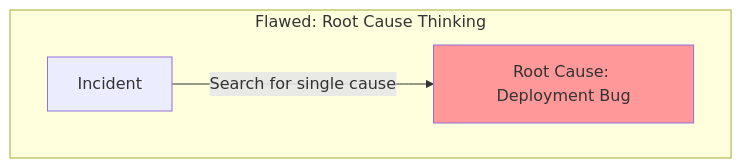
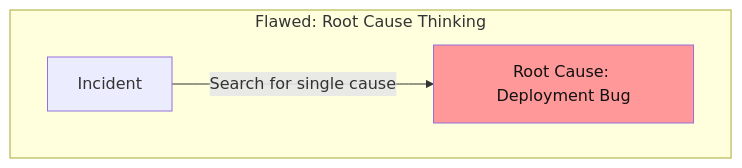
One commit to kube-dojo/kube-dojo.github.io changed the seventh of 9 diagrams in src/content/docs/platform/foundations/systems-thinking/module-1.4-complexity-and-emergent-behavior.md. Above: the diagram before and after it, drawn with Mermaid. The commit also changed other lines of this file and 16 other files, not shown here.

Commit message:
fix(content): complete English diagram foregrounds (#3446)

````diff
--- a/src/content/docs/platform/foundations/systems-thinking/module-1.4-complexity-and-emergent-behavior.md
+++ b/src/content/docs/platform/foundations/systems-thinking/module-1.4-complexity-and-emergent-behavior.md
@@ -309,7 +309,7 @@
 ```mermaid
 graph TD
     subgraph Flawed: Root Cause Thinking
         I[Incident] -->|Search for single cause| R[Root Cause: Deployment Bug]
-        style R fill:#ff9999
+        style R fill:#ff9999,color:#111
     end
 ```
````
